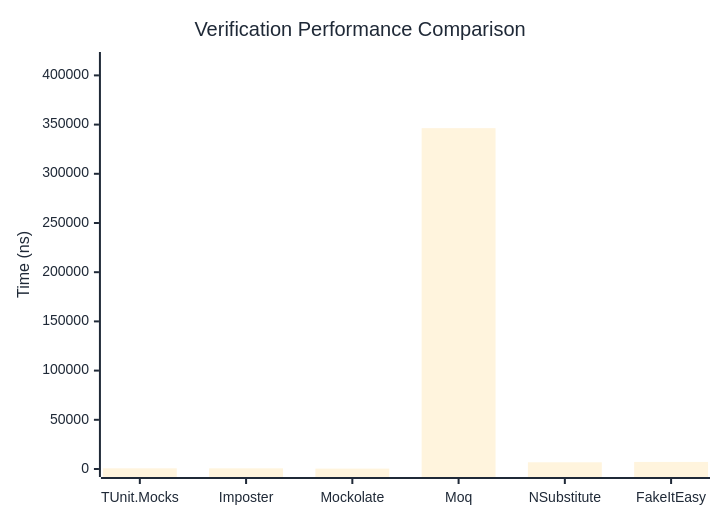
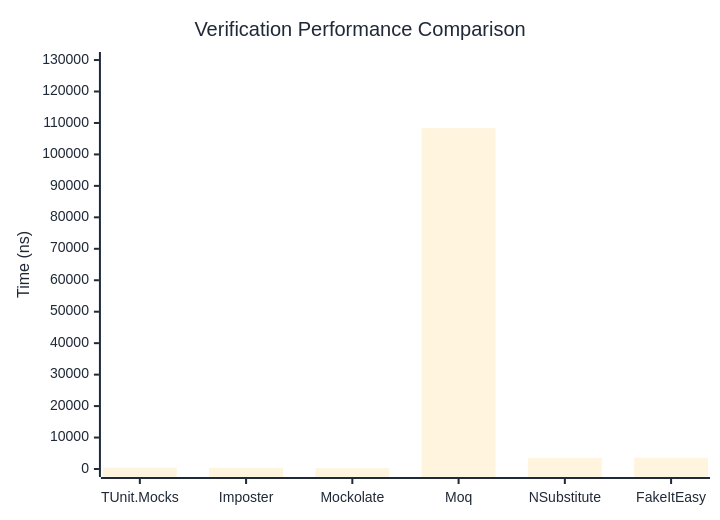
One commit to thomhurst/TUnit changed the first of 3 diagrams in docs/docs/benchmarks/mocks/Verification.md. Above: the diagram before and after it, drawn with Mermaid. The commit also changed other lines of this file and 14 other files, not shown here.

````diff
--- a/docs/docs/benchmarks/mocks/Verification.md
+++ b/docs/docs/benchmarks/mocks/Verification.md
@@ -30,27 +30,27 @@
 ```mermaid
 %%{init: {
   'theme':'base',
   'themeVariables': {
     'primaryColor': '#2563eb',
     'primaryTextColor': '#1f2937',
     'primaryBorderColor': '#1e40af',
     'lineColor': '#6b7280',
     'secondaryColor': '#7c3aed',
     'tertiaryColor': '#dc2626',
     'background': '#ffffff',
     'pie1': '#2563eb',
     'pie2': '#7c3aed',
     'pie3': '#dc2626',
     'pie4': '#f59e0b',
     'pie5': '#10b981',
     'pie6': '#06b6d4',
     'pie7': '#ec4899',
     'pie8': '#6366f1'
   }
 }}%%
 xychart-beta
   title "Verification Performance Comparison"
   x-axis ["TUnit.Mocks", "Imposter", "Mockolate", "Moq", "NSubstitute", "FakeItEasy"]
-  y-axis "Time (ns)" 0 --> 415641
-  bar [678.86, 671.57, 382.04, 346367.42, 6822.6, 7175.01]
+  y-axis "Time (ns)" 0 --> 130013
+  bar [440.48, 376.01, 246.6, 108344.12, 3530.05, 3566.14]
 ```
````
